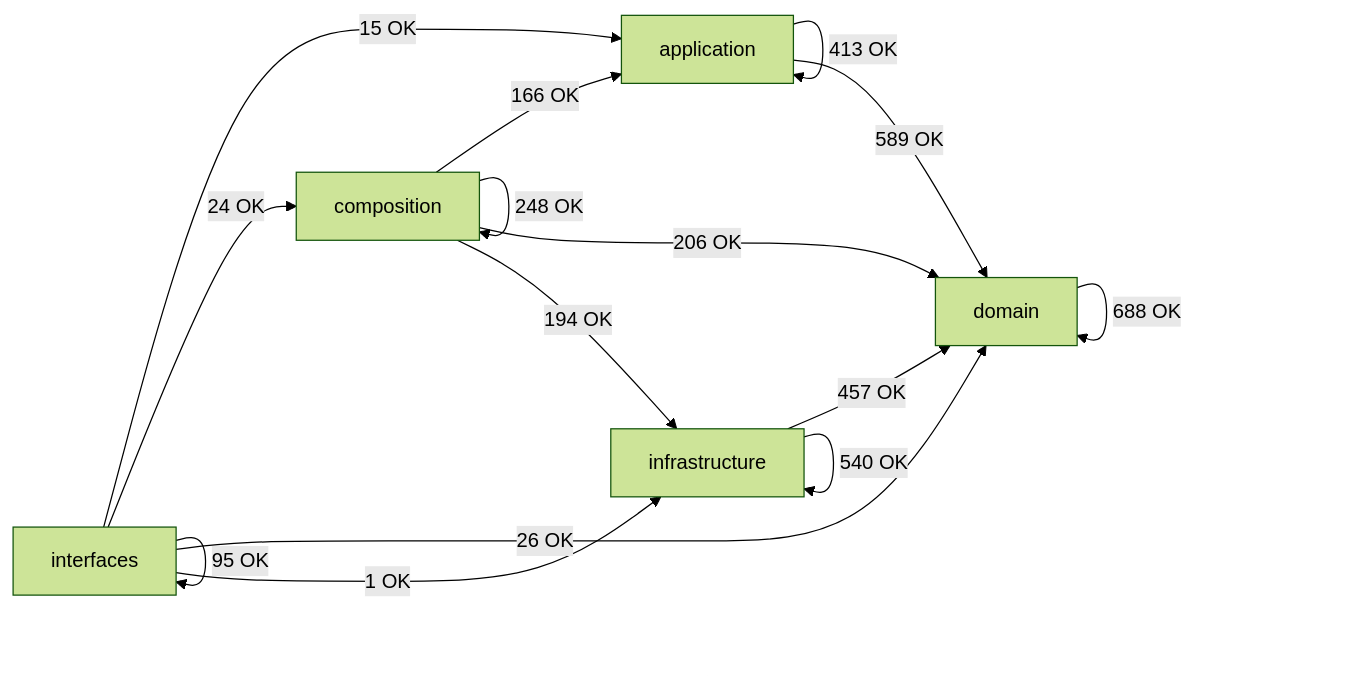
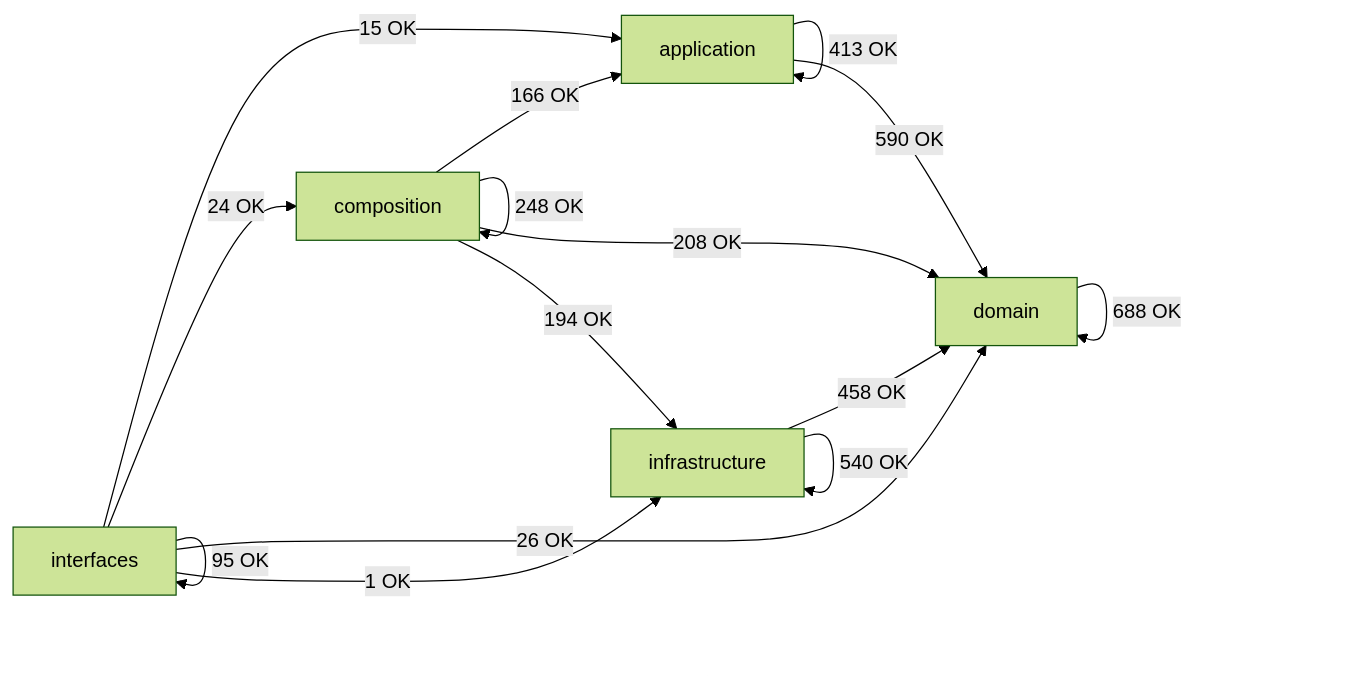
Before and after one commit to SatoryKono/BioactivityDataAcquisition: the diagram in docs/02-architecture/generated/module-dependency-map.md, drawn with Mermaid (forest theme). The commit also changed other lines of this file and 80 other files, not shown here.

````diff
--- a/docs/02-architecture/generated/module-dependency-map.md
+++ b/docs/02-architecture/generated/module-dependency-map.md
@@ -16,22 +16,22 @@
 ```mermaid
 flowchart LR
     domain[domain]
     application[application]
     infrastructure[infrastructure]
     composition[composition]
     interfaces[interfaces]
     application -->|413 OK| application
-    application -->|589 OK| domain
+    application -->|590 OK| domain
     composition -->|166 OK| application
     composition -->|248 OK| composition
-    composition -->|206 OK| domain
+    composition -->|208 OK| domain
     composition -->|194 OK| infrastructure
     domain -->|688 OK| domain
-    infrastructure -->|457 OK| domain
+    infrastructure -->|458 OK| domain
     infrastructure -->|540 OK| infrastructure
     interfaces -->|15 OK| application
     interfaces -->|24 OK| composition
     interfaces -->|26 OK| domain
     interfaces -->|1 OK| infrastructure
     interfaces -->|95 OK| interfaces
 ```
````
